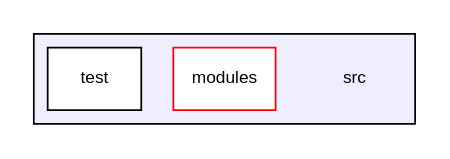
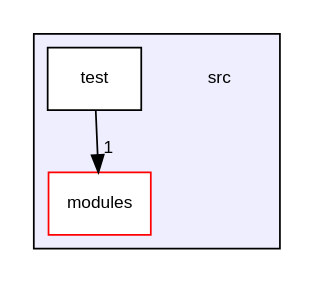
The diagram in docs/dir_68267d1309a1af8e8297ef4c3efbcdba_dep.dot (redhecker/easyVim), drawn with Graphviz before and after one commit. The commit also changed 95 other files, not shown here.

```diff
--- a/docs/dir_68267d1309a1af8e8297ef4c3efbcdba_dep.dot
+++ b/docs/dir_68267d1309a1af8e8297ef4c3efbcdba_dep.dot
@@ -1,11 +1,12 @@
 digraph "src" {
   compound=true
   node [ fontsize="10", fontname="Helvetica"];
   edge [ labelfontsize="10", labelfontname="Helvetica"];
   subgraph clusterdir_68267d1309a1af8e8297ef4c3efbcdba {
     graph [ bgcolor="#eeeeff", pencolor="black", label="" URL="dir_68267d1309a1af8e8297ef4c3efbcdba.html"];
     dir_68267d1309a1af8e8297ef4c3efbcdba [shape=plaintext label="src"];
   dir_ddb4d7e95cc2d6c8e1ade10a20d7247d [shape=box label="modules" fillcolor="white" style="filled" color="red" URL="dir_ddb4d7e95cc2d6c8e1ade10a20d7247d.html"];
   dir_120ed4da3e3217b1e7fc0b4f48568e79 [shape=box label="test" fillcolor="white" style="filled" URL="dir_120ed4da3e3217b1e7fc0b4f48568e79.html"];
   }
+  dir_120ed4da3e3217b1e7fc0b4f48568e79->dir_ddb4d7e95cc2d6c8e1ade10a20d7247d [headlabel="1", labeldistance=1.5 headhref="dir_000004_000001.html"];
 }
```
